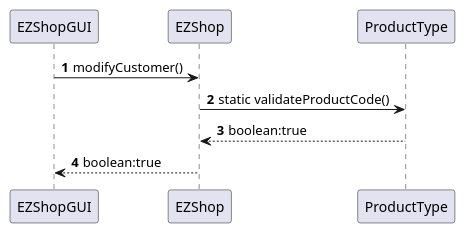
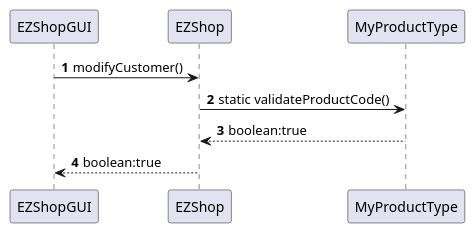
Before and after one commit to mkexc/ezshop: diagram 12 of 22 in Deliverables/DesignDocument.md, drawn with PlantUML. The commit also changed other lines of this file and 160 other files, not shown here.

````diff
--- a/Deliverables/DesignDocument.md
+++ b/Deliverables/DesignDocument.md
@@ -353,9 +345,9 @@
 ```plantuml
 @startuml
 autonumber
 EZShopGUI -> EZShop : modifyCustomer()
-EZShop -> ProductType : static validateProductCode()
-ProductType --> EZShop : boolean:true
+EZShop -> MyProductType : static validateProductCode()
+MyProductType --> EZShop : boolean:true
 EZShop --> EZShopGUI : boolean:true
 @enduml
 ```
````
